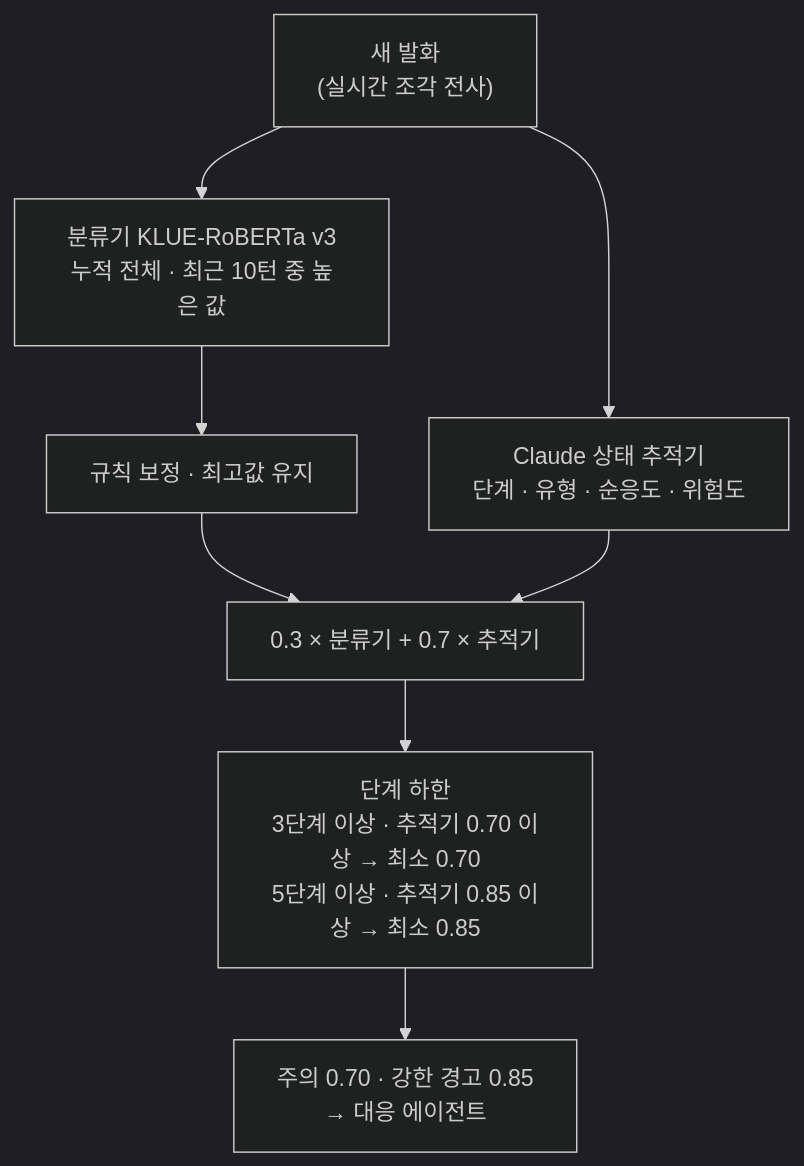
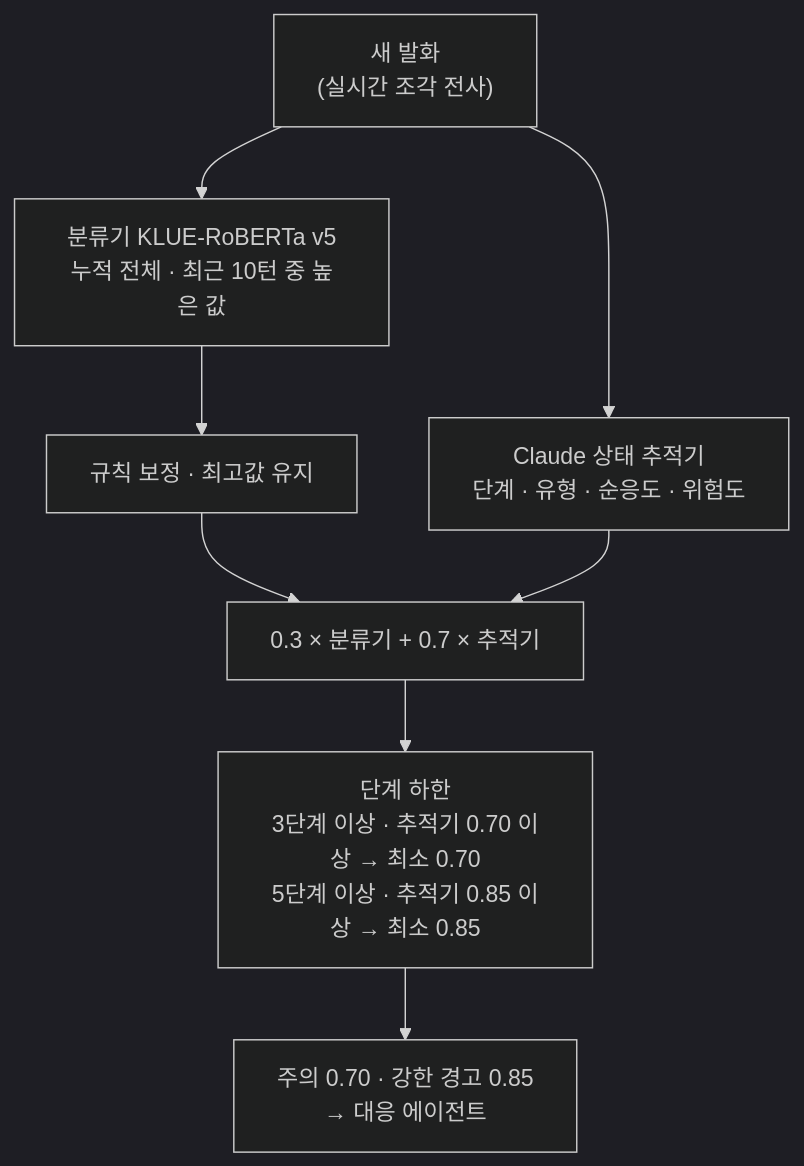
One commit to J-hosu/VoiceGuard-AI changed the diagram in docs/tech/detection.md. Above: the diagram before and after it, drawn with Mermaid (dark theme). The commit also changed other lines of this file and 3 other files, not shown here.

````diff
--- a/docs/tech/detection.md
+++ b/docs/tech/detection.md
@@ -197,10 +236,10 @@
 ```mermaid
 flowchart TD
-    A["새 발화<br/>(실시간 조각 전사)"] --> B["분류기 KLUE-RoBERTa v3<br/>누적 전체 · 최근 10턴 중 높은 값"]
+    A["새 발화<br/>(실시간 조각 전사)"] --> B["분류기 KLUE-RoBERTa v5<br/>누적 전체 · 최근 10턴 중 높은 값"]
     A --> C["Claude 상태 추적기<br/>단계 · 유형 · 순응도 · 위험도"]
     B --> D["규칙 보정 · 최고값 유지"]
     D --> E["0.3 × 분류기 + 0.7 × 추적기"]
     C --> E
     E --> F["단계 하한<br/>3단계 이상 · 추적기 0.70 이상 → 최소 0.70<br/>5단계 이상 · 추적기 0.85 이상 → 최소 0.85"]
     F --> G["주의 0.70 · 강한 경고 0.85<br/>→ 대응 에이전트"]
 ```
````
